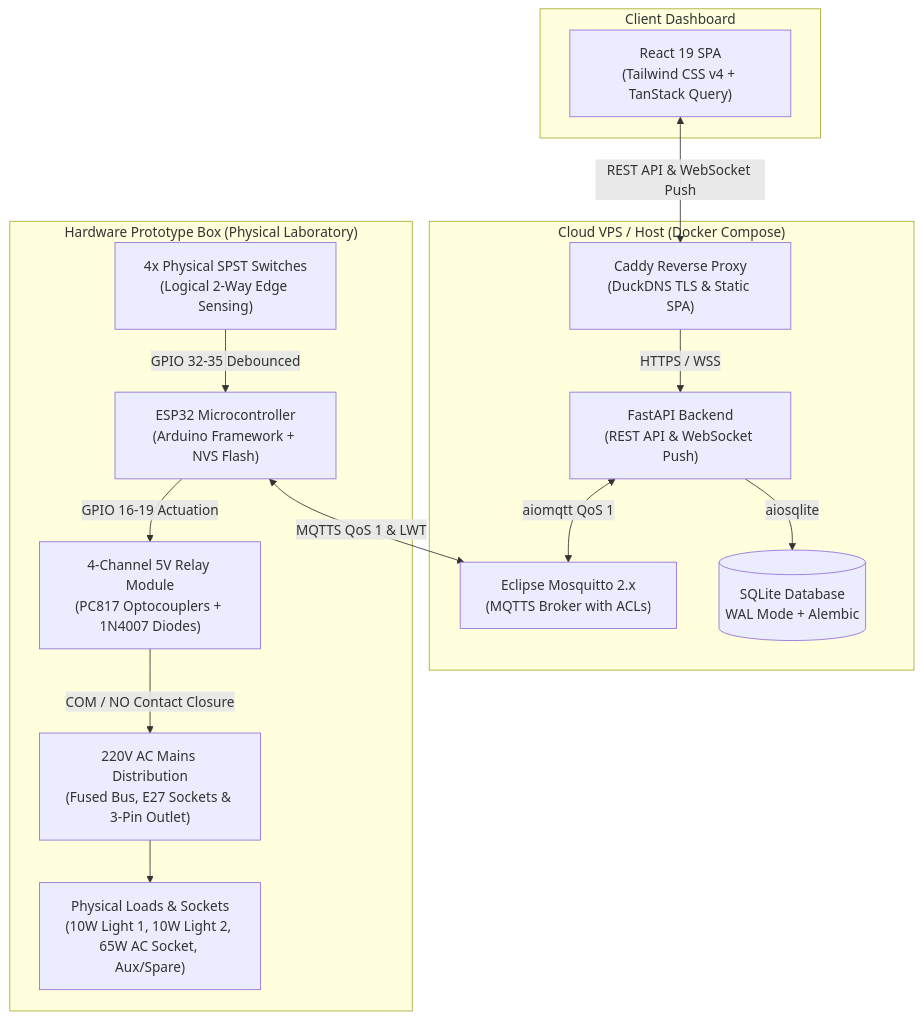
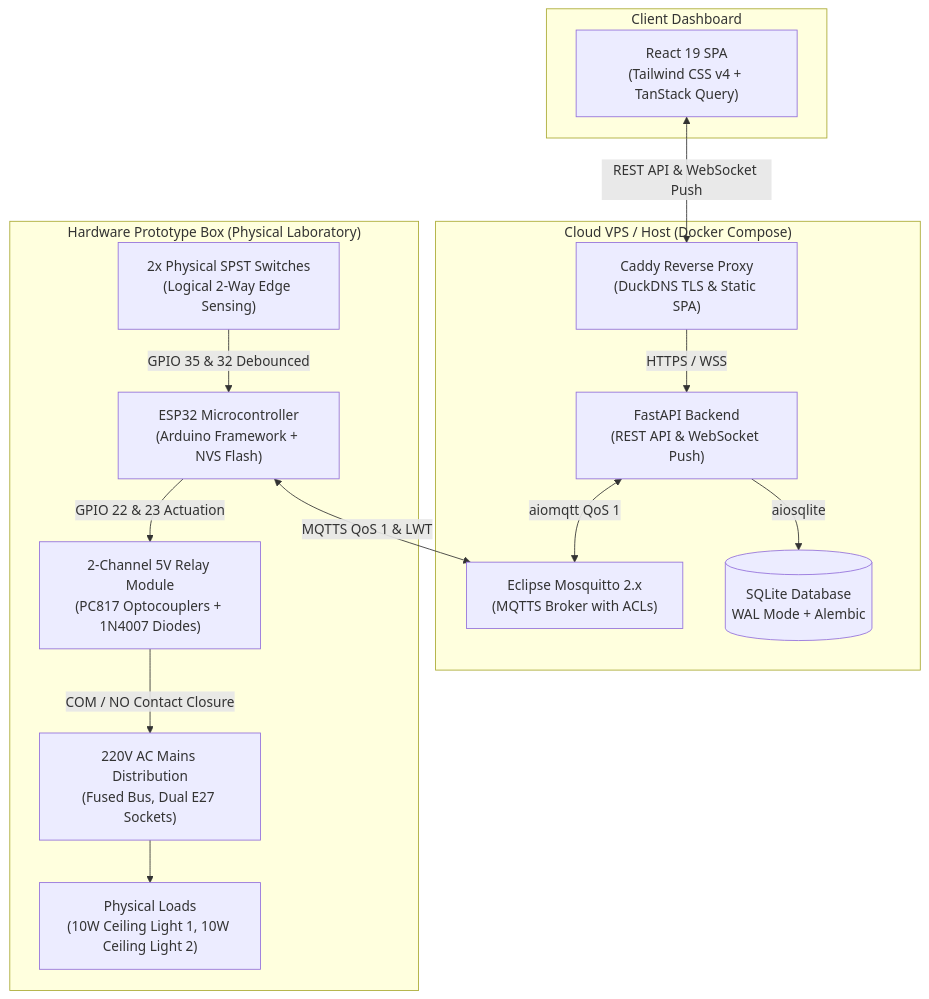
One commit to saxrael/SAOCS changed the first of 4 diagrams in README.md. Above: the diagram before and after it, drawn with Mermaid. The commit also changed other lines of this file and 4 other files, not shown here.

First line of the commit message:
feat(hardware): realign GPIO contracts and downscale to 2 ceiling lights

````diff
--- a/README.md
+++ b/README.md
@@ -44,33 +44,33 @@
 ```mermaid
 graph TB
     subgraph CloudVPS["Cloud VPS / Host (Docker Compose)"]
         Caddy["Caddy Reverse Proxy<br/>(DuckDNS TLS & Static SPA)"]
         FastAPI["FastAPI Backend<br/>(REST API & WebSocket Push)"]
         Mosquitto["Eclipse Mosquitto 2.x<br/>(MQTTS Broker with ACLs)"]
         SQLite[("SQLite Database<br/>WAL Mode + Alembic")]
         
         Caddy -->|HTTPS / WSS| FastAPI
         FastAPI -->|aiosqlite| SQLite
         FastAPI <-->|aiomqtt QoS 1| Mosquitto
     end
 
     subgraph ClientBrowser["Client Dashboard"]
         ReactApp["React 19 SPA<br/>(Tailwind CSS v4 + TanStack Query)"]
     end
 
     subgraph EdgeDevice["Hardware Prototype Box (Physical Laboratory)"]
         ESP32["ESP32 Microcontroller<br/>(Arduino Framework + NVS Flash)"]
-        RelayBoard["4-Channel 5V Relay Module<br/>(PC817 Optocouplers + 1N4007 Diodes)"]
-        WallSwitches["4x Physical SPST Switches<br/>(Logical 2-Way Edge Sensing)"]
-        MainsAC["220V AC Mains Distribution<br/>(Fused Bus, E27 Sockets & 3-Pin Outlet)"]
-        Appliances["Physical Loads & Sockets<br/>(10W Light 1, 10W Light 2, 65W AC Socket, Aux/Spare)"]
+        RelayBoard["2-Channel 5V Relay Module<br/>(PC817 Optocouplers + 1N4007 Diodes)"]
+        WallSwitches["2x Physical SPST Switches<br/>(Logical 2-Way Edge Sensing)"]
+        MainsAC["220V AC Mains Distribution<br/>(Fused Bus, Dual E27 Sockets)"]
+        Appliances["Physical Loads<br/>(10W Ceiling Light 1, 10W Ceiling Light 2)"]
 
-        WallSwitches -->|GPIO 32-35 Debounced| ESP32
-        ESP32 -->|GPIO 16-19 Actuation| RelayBoard
+        WallSwitches -->|GPIO 35 & 32 Debounced| ESP32
+        ESP32 -->|GPIO 22 & 23 Actuation| RelayBoard
         RelayBoard -->|COM / NO Contact Closure| MainsAC
         MainsAC --> Appliances
     end
 
     ReactApp <-->|REST API & WebSocket Push| Caddy
     ESP32 <-->|MQTTS QoS 1 & LWT| Mosquitto
 ```
````
